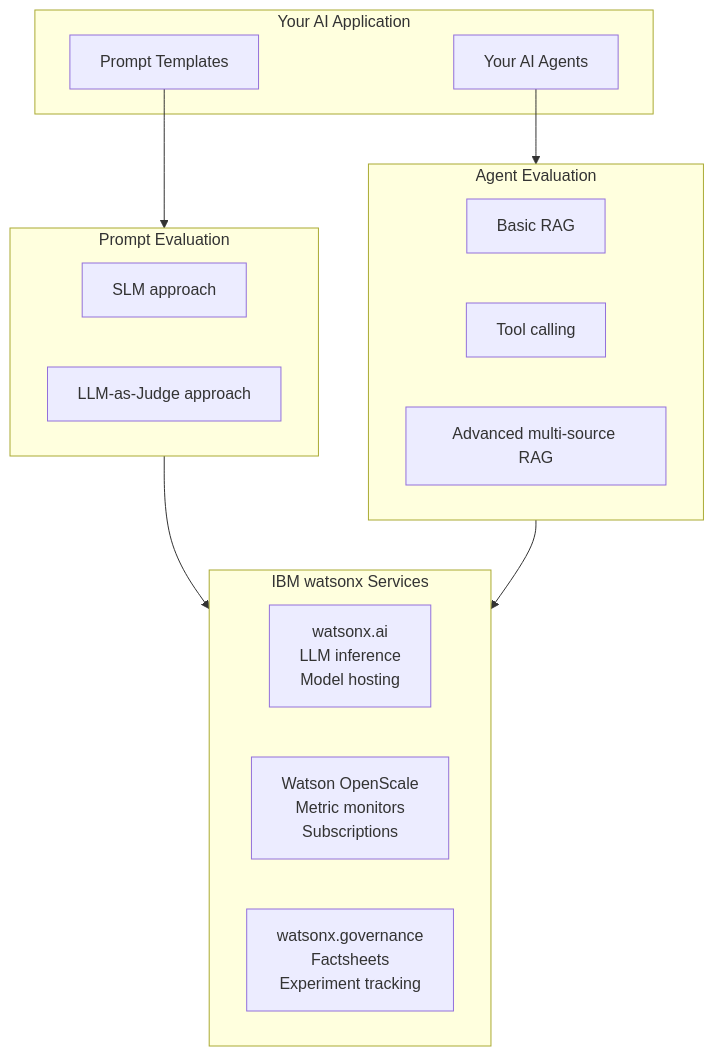
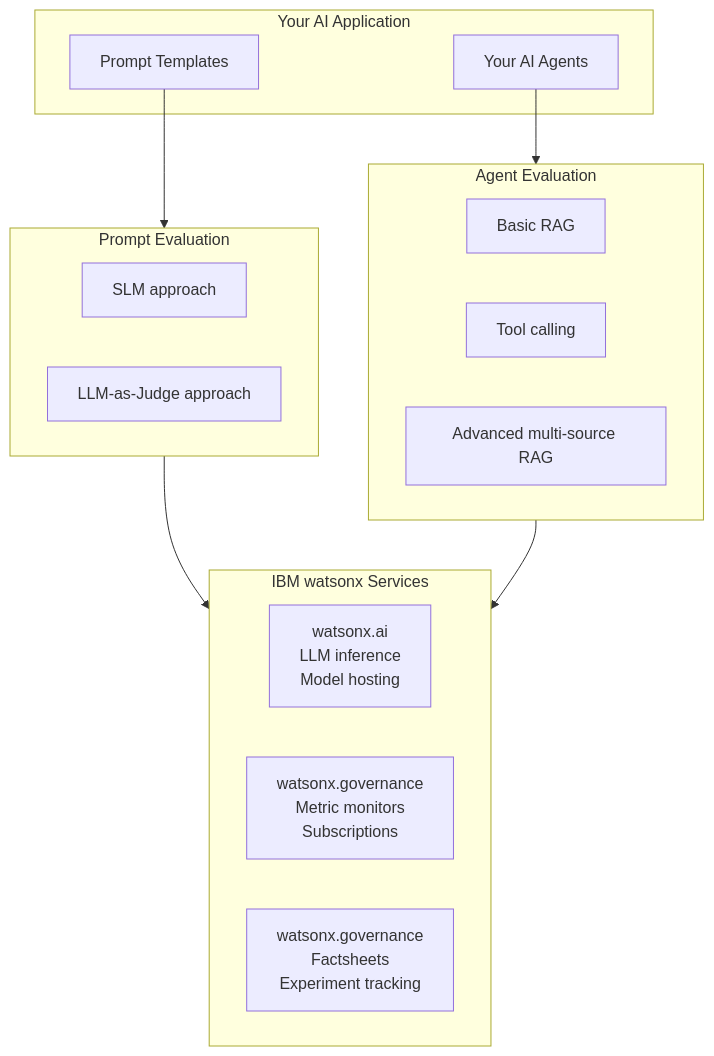
The first of 3 diagrams in docs/ai-core/trust/design-time-evaluations.md (ibm-self-serve-assets/building-blocks), drawn with Mermaid before and after one commit. The commit also changed other lines of this file and 1 other file, not shown here.

````diff
--- a/docs/ai-core/trust/design-time-evaluations.md
+++ b/docs/ai-core/trust/design-time-evaluations.md
@@ -24,29 +24,29 @@
 ```mermaid
 graph TD
     subgraph app["Your AI Application"]
         PT["Prompt Templates"]
         AG["Your AI Agents"]
     end
 
     subgraph prompt_eval["Prompt Evaluation"]
         SLM["SLM approach"]
         LLM["LLM-as-Judge approach"]
     end
 
     subgraph agent_eval["Agent Evaluation"]
         BRAG["Basic RAG"]
         TC["Tool calling"]
         ARAG["Advanced multi-source RAG"]
     end
 
     subgraph watsonx["IBM watsonx Services"]
         WAI["watsonx.ai\nLLM inference\nModel hosting"]
-        WOS["Watson OpenScale\nMetric monitors\nSubscriptions"]
+        WOS["watsonx.governance\nMetric monitors\nSubscriptions"]
         WXG["watsonx.governance\nFactsheets\nExperiment tracking"]
     end
 
     PT --> prompt_eval
     AG --> agent_eval
     prompt_eval --> watsonx
     agent_eval --> watsonx
 ```
````
